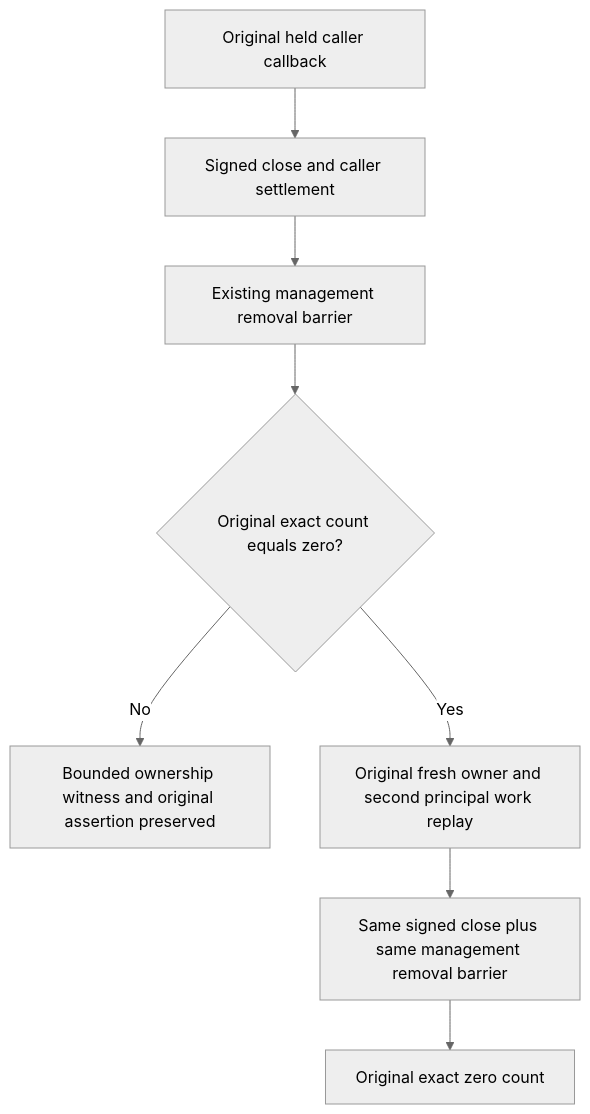
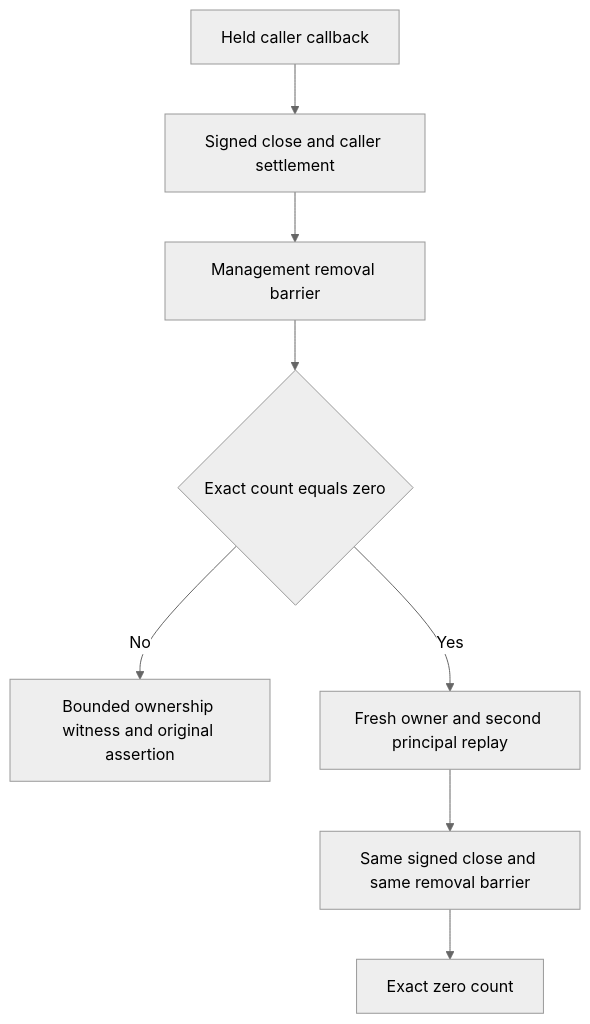
The diagram in docs/Features/ClusterRouting/NativeConnectionCloseRemoval.md (managedcode/KeyLoad), drawn with Mermaid (neutral theme) before and after one commit. The commit also changed other lines of this file and 7356 other files, not shown here.

````diff
--- a/docs/Features/ClusterRouting/NativeConnectionCloseRemoval.md
+++ b/docs/Features/ClusterRouting/NativeConnectionCloseRemoval.md
@@ -11,10 +11,10 @@
 ```mermaid
 flowchart TD
-    A[Original held caller callback] --> B[Signed close and caller settlement]
-    B --> C[Existing management removal barrier]
-    C --> D{Original exact count equals zero?}
-    D -->|No| E[Bounded ownership witness and original assertion preserved]
-    D -->|Yes| F[Original fresh owner and second principal work replay]
-    F --> G[Same signed close plus same management removal barrier]
-    G --> H[Original exact zero count]
+    A[Held caller callback] --> B[Signed close and caller settlement]
+    B --> C[Management removal barrier]
+    C --> D{Exact count equals zero}
+    D -->|No| E[Bounded ownership witness and original assertion]
+    D -->|Yes| F[Fresh owner and second principal replay]
+    F --> G[Same signed close and same removal barrier]
+    G --> H[Exact zero count]
 ```
````
